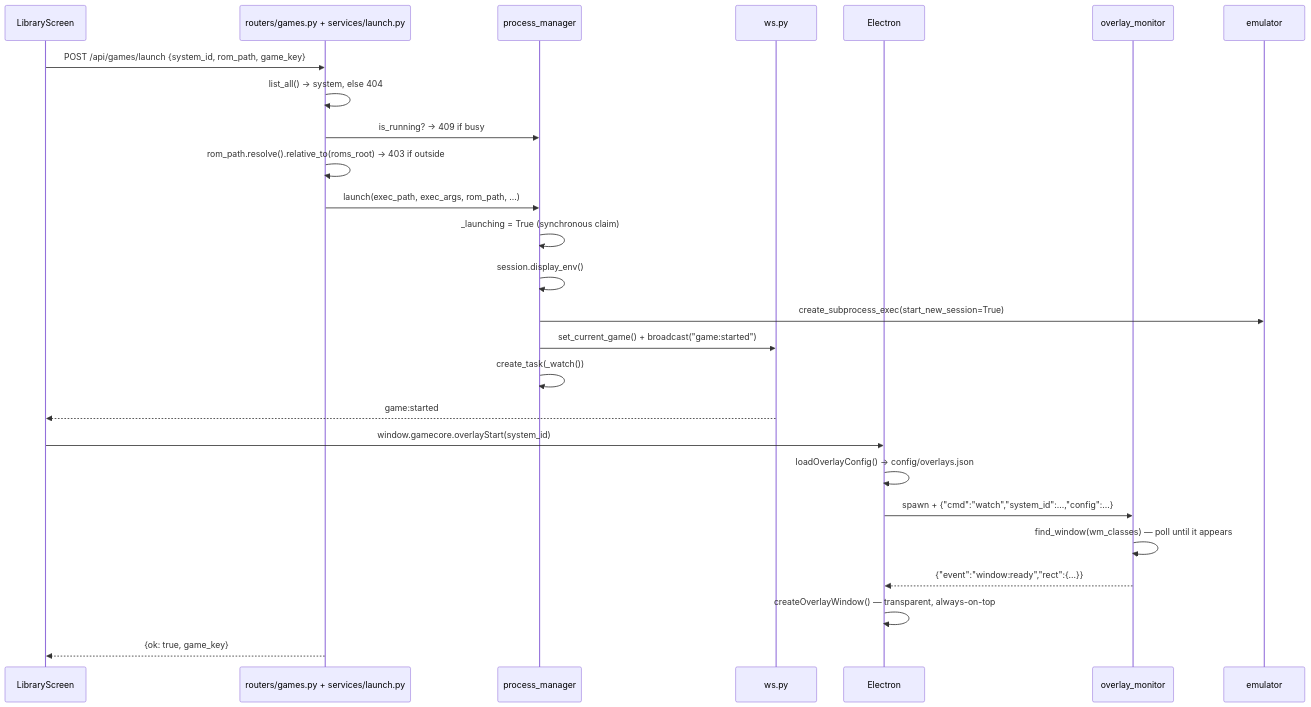
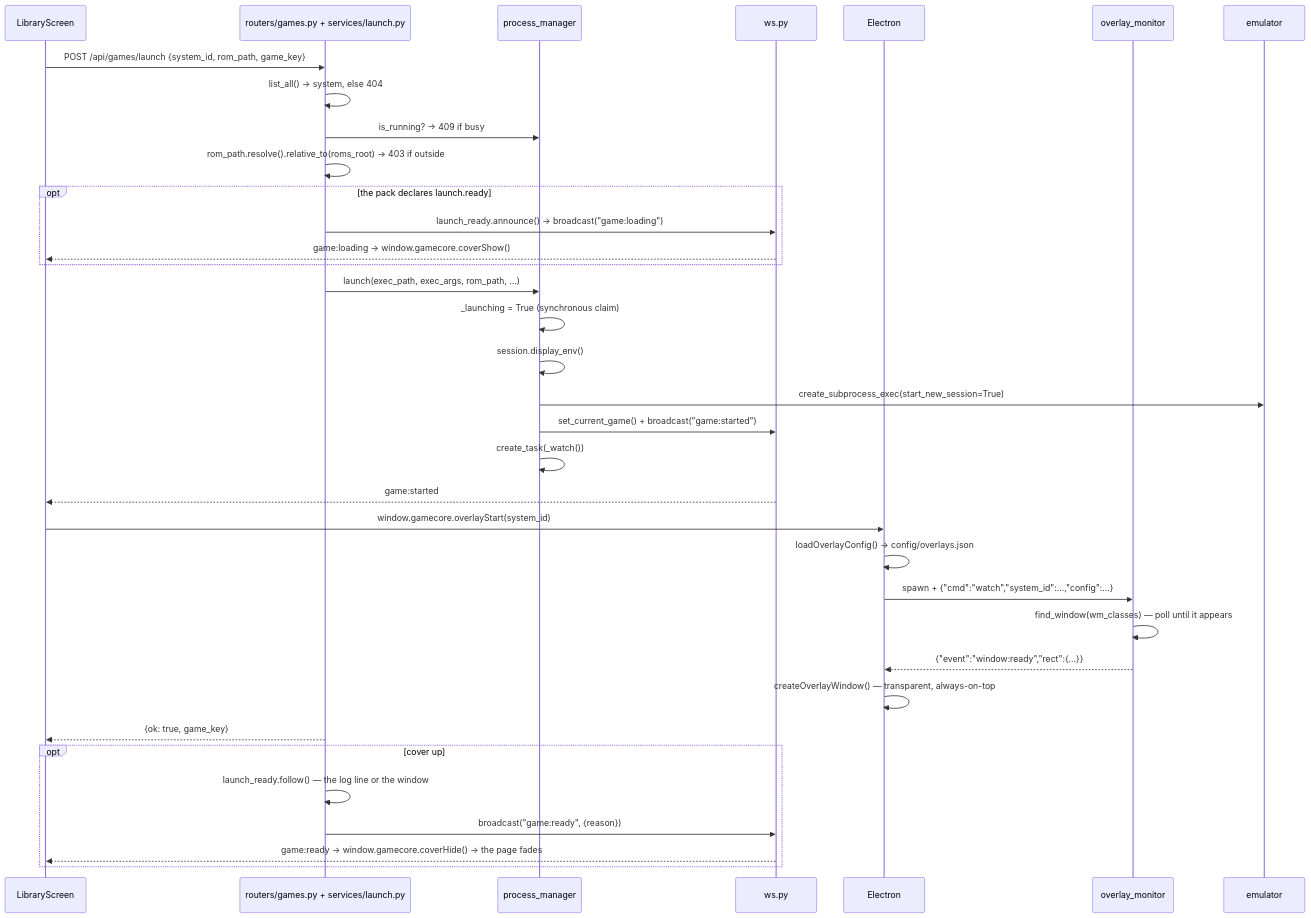
One commit to p4v1c/GamecoreRenew changed the first of 9 diagrams in docs/architecture/02-request-flows.md. Above: the diagram before and after it, drawn with Mermaid. The commit also changed 20 other files, not shown here.

First line of the commit message:
feat(shell): cover the emulator's loading screens until the game runs

````diff
--- a/docs/architecture/02-request-flows.md
+++ b/docs/architecture/02-request-flows.md
@@ -7,29 +7,38 @@
 ```mermaid
 sequenceDiagram
     participant ui as LibraryScreen
     participant r as routers/games.py + services/launch.py
     participant pm as process_manager
     participant ws as ws.py
     participant el as Electron
     participant mon as overlay_monitor
     participant emu as emulator
 
     ui->>r: POST /api/games/launch {system_id, rom_path, game_key}
     r->>r: list_all() → system, else 404
     r->>pm: is_running? → 409 if busy
     r->>r: rom_path.resolve().relative_to(roms_root) → 403 if outside
+    opt the pack declares launch.ready
+        r->>ws: launch_ready.announce() → broadcast("game:loading")
+        ws-->>ui: game:loading → window.gamecore.coverShow()
+    end
     r->>pm: launch(exec_path, exec_args, rom_path, …)
     pm->>pm: _launching = True (synchronous claim)
     pm->>pm: session.display_env()
     pm->>emu: create_subprocess_exec(start_new_session=True)
     pm->>ws: set_current_game() + broadcast("game:started")
     pm->>pm: create_task(_watch())
     ws-->>ui: game:started
     ui->>el: window.gamecore.overlayStart(system_id)
     el->>el: loadOverlayConfig() → config/overlays.json
     el->>mon: spawn + {"cmd":"watch","system_id":…,"config":…}
     mon->>mon: find_window(wm_classes) — poll until it appears
     mon-->>el: {"event":"window:ready","rect":{…}}
     el->>el: createOverlayWindow() — transparent, always-on-top
     r-->>ui: {ok: true, game_key}
+    opt cover up
+        r->>r: launch_ready.follow() — the log line or the window
+        r->>ws: broadcast("game:ready", {reason})
+        ws-->>ui: game:ready → window.gamecore.coverHide() → the page fades
+    end
 ```
````
